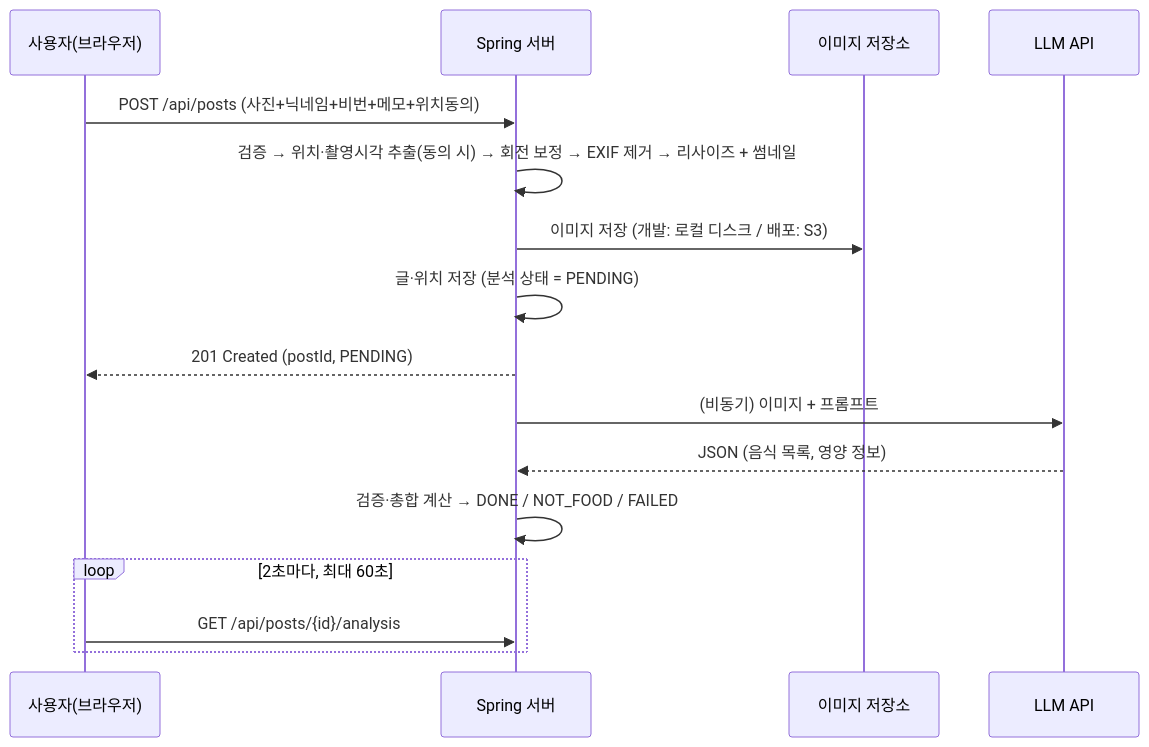
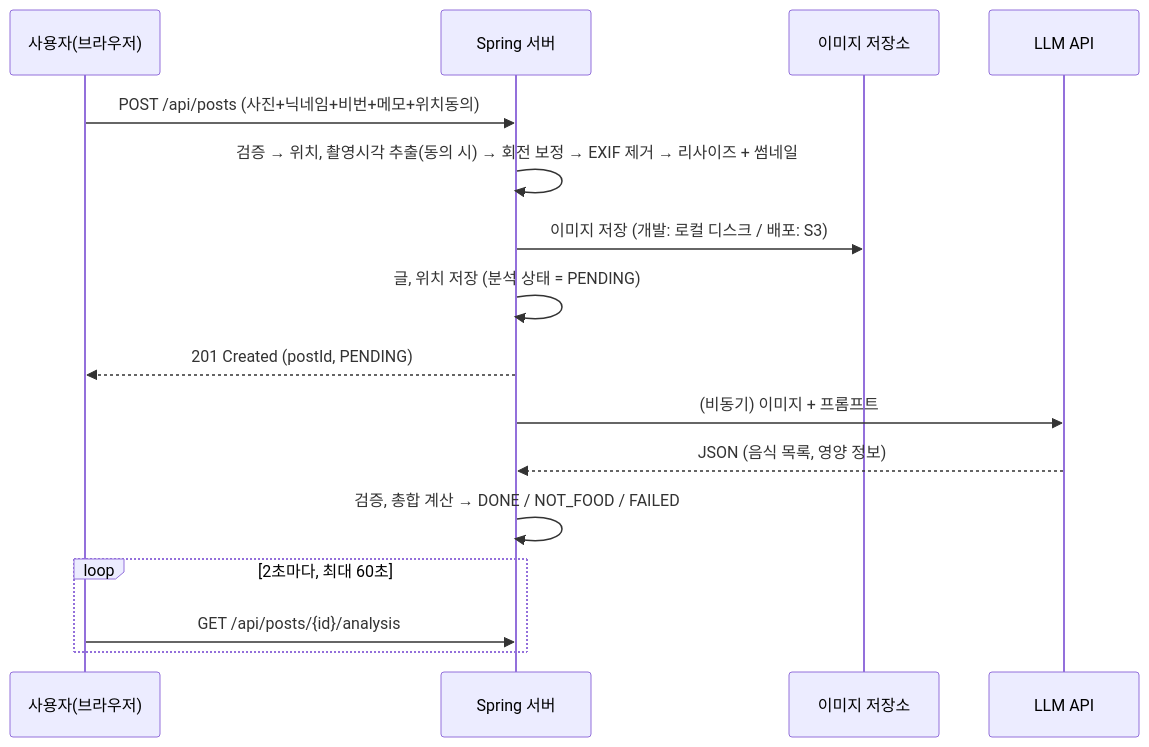
Before and after one commit to abjsky1/personal_project: the diagram in docs/PLANNING.md, drawn with Mermaid. The commit also changed other lines of this file and 68 other files, not shown here.

````diff
--- a/docs/PLANNING.md
+++ b/docs/PLANNING.md
@@ -93,19 +93,19 @@
 ```mermaid
 sequenceDiagram
     participant U as 사용자(브라우저)
     participant B as Spring 서버
     participant S as 이미지 저장소
     participant L as LLM API
 
     U->>B: POST /api/posts (사진+닉네임+비번+메모+위치동의)
-    B->>B: 검증 → 위치·촬영시각 추출(동의 시) → 회전 보정 → EXIF 제거 → 리사이즈 + 썸네일
+    B->>B: 검증 → 위치, 촬영시각 추출(동의 시) → 회전 보정 → EXIF 제거 → 리사이즈 + 썸네일
     B->>S: 이미지 저장 (개발: 로컬 디스크 / 배포: S3)
-    B->>B: 글·위치 저장 (분석 상태 = PENDING)
+    B->>B: 글, 위치 저장 (분석 상태 = PENDING)
     B-->>U: 201 Created (postId, PENDING)
     B->>L: (비동기) 이미지 + 프롬프트
     L-->>B: JSON (음식 목록, 영양 정보)
-    B->>B: 검증·총합 계산 → DONE / NOT_FOOD / FAILED
+    B->>B: 검증, 총합 계산 → DONE / NOT_FOOD / FAILED
     loop 2초마다, 최대 60초
         U->>B: GET /api/posts/{id}/analysis
     end
 ```
````
